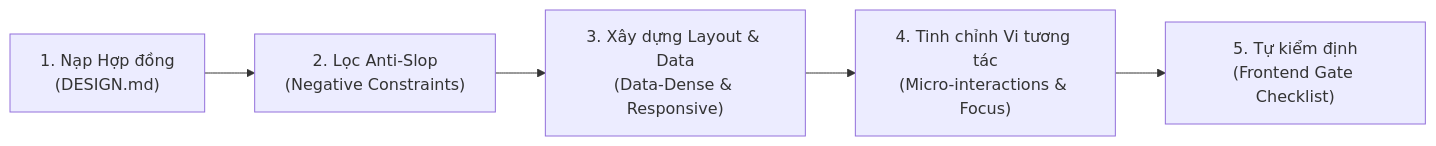
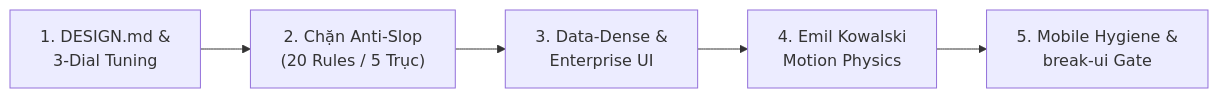
The diagram in skills/core/adk-ui-craft/SKILL.md (Sonleeee/Agent-Dev-Kit), drawn with Mermaid before and after one commit. The commit also changed other lines of this file and 12 other files, not shown here.

Commit message:
feat(ui-design): add ui-design addon mcp server and upgrade adk-ui-craft to 20-rule quality gate

````diff
--- a/skills/core/adk-ui-craft/SKILL.md
+++ b/skills/core/adk-ui-craft/SKILL.md
@@ -16,7 +16,7 @@
 ```mermaid
 flowchart LR
-    A["1. Nạp Hợp đồng<br/>(DESIGN.md)"] --> B["2. Lọc Anti-Slop<br/>(Negative Constraints)"]
-    B --> C["3. Xây dựng Layout & Data<br/>(Data-Dense & Responsive)"]
-    C --> D["4. Tinh chỉnh Vi tương tác<br/>(Micro-interactions & Focus)"]
-    D --> E["5. Tự kiểm định<br/>(Frontend Gate Checklist)"]
+    A["1. DESIGN.md &<br/>3-Dial Tuning"] --> B["2. Chặn Anti-Slop<br/>(20 Rules / 5 Trục)"]
+    B --> C["3. Data-Dense &<br/>Enterprise UI"]
+    C --> D["4. Emil Kowalski<br/>Motion Physics"]
+    D --> E["5. Mobile Hygiene &<br/>break-ui Gate"]
 ```
````
